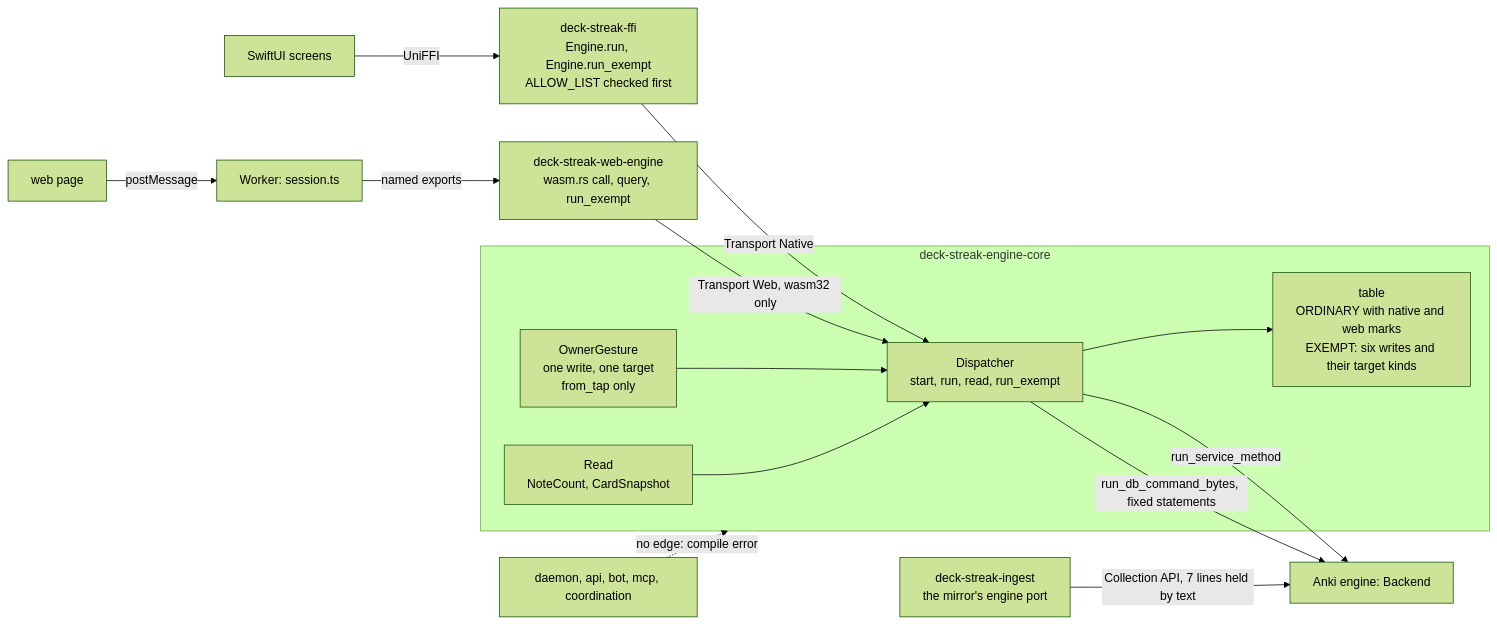
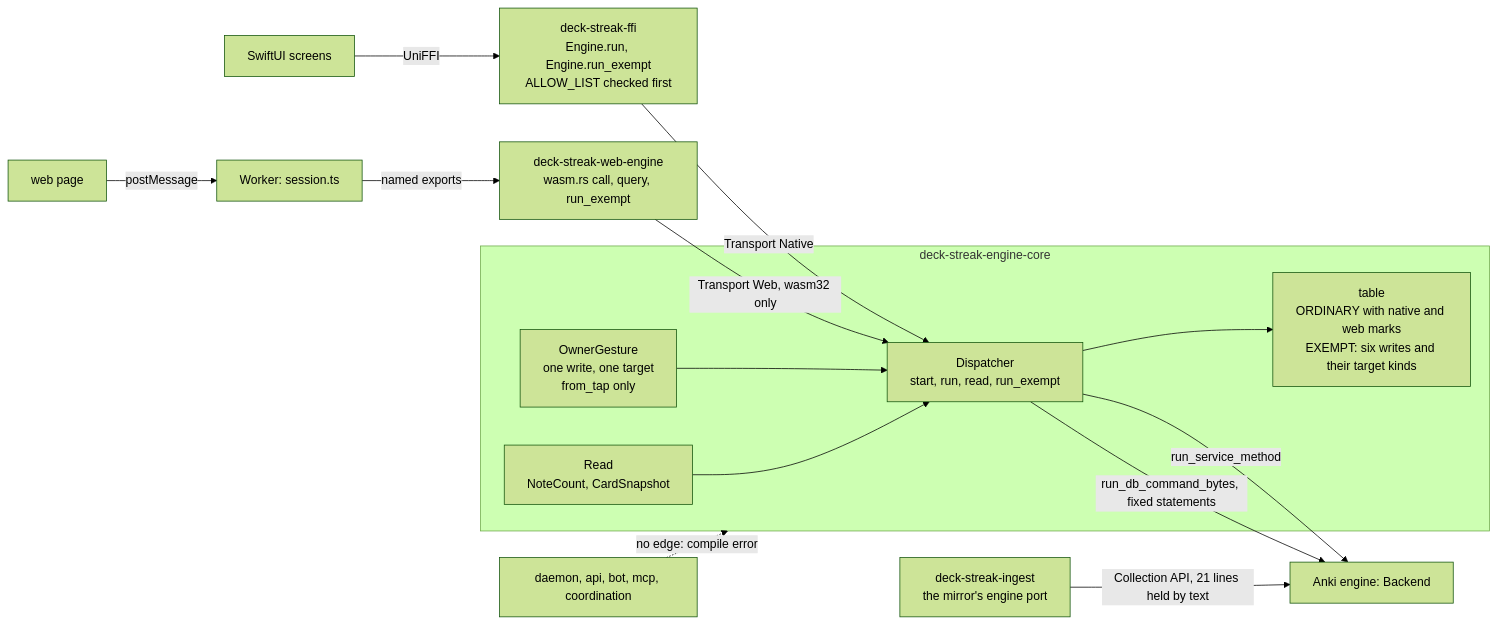
One commit to RexRenatus/deck-streak changed the second of 8 diagrams in docs/schematics/engine-core-dispatcher-and-owner-gesture.md. Above: the diagram before and after it, drawn with Mermaid (forest theme). The commit also changed other lines of this file and 3 other files, not shown here.

Commit message:
docs(engine-core): SPEC-345 part 2 amendments, held lines, A12-A18

````diff
--- a/docs/schematics/engine-core-dispatcher-and-owner-gesture.md
+++ b/docs/schematics/engine-core-dispatcher-and-owner-gesture.md
@@ -30,21 +30,21 @@
 ```mermaid
 flowchart LR
   SUI["SwiftUI screens"] -->|"UniFFI"| FFI["deck-streak-ffi<br/>Engine.run, Engine.run_exempt<br/>ALLOW_LIST checked first"]
   PAGE["web page"] -->|"postMessage"| WK["Worker: session.ts"]
   WK -->|"named exports"| WE["deck-streak-web-engine<br/>wasm.rs call, query, run_exempt"]
   FFI -->|"Transport Native"| D
   WE -->|"Transport Web, wasm32 only"| D
   subgraph CORE["deck-streak-engine-core"]
     D["Dispatcher<br/>start, run, read, run_exempt"]
     T["table<br/>ORDINARY with native and web marks<br/>EXEMPT: six writes and their target kinds"]
     G["OwnerGesture<br/>one write, one target<br/>from_tap only"]
     R["Read<br/>NoteCount, CardSnapshot"]
     D --> T
     G --> D
     R --> D
   end
   D -->|"run_service_method"| ENG["Anki engine: Backend"]
   D -->|"run_db_command_bytes, fixed statements"| ENG
-  ING["deck-streak-ingest<br/>the mirror's engine port"] -->|"Collection API, 7 lines held by text"| ENG
+  ING["deck-streak-ingest<br/>the mirror's engine port"] -->|"Collection API, 21 lines held by text"| ENG
   SERVER["daemon, api, bot, mcp, coordination"] -.->|"no edge: compile error"| CORE
 ```
````
